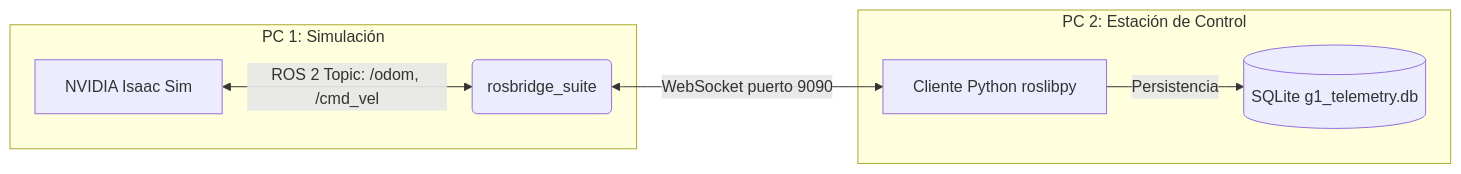
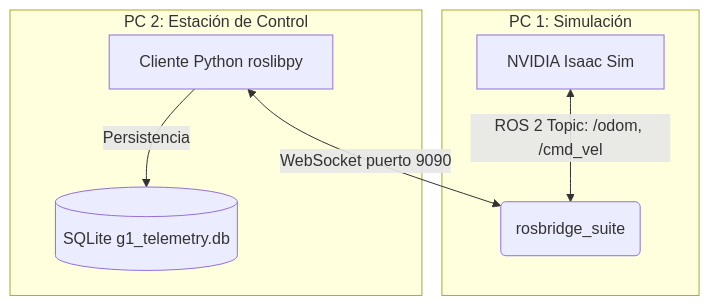
One commit to IFMLinares/g1-robotics-bridge changed the diagram in README.md. Above: the diagram before and after it, drawn with Mermaid.

Commit message:
docs: Update Mermaid diagram orientation and clarify WebSocket connection in README.

````diff
--- a/README.md
+++ b/README.md
@@ -13,12 +13,11 @@
 ```mermaid
-graph LR
+graph TD
     subgraph PC 1: Simulación
         A[NVIDIA Isaac Sim] <-->|ROS 2 Topic: /odom, /cmd_vel| B(rosbridge_suite)
     end
     
-    B <-->|WebSocket puerto 9090| C
-
     subgraph PC 2: Estación de Control
-        C[Cliente Python roslibpy] -->|Persistencia| D[(SQLite g1_telemetry.db)]
+        C[Cliente Python roslibpy] <-->|WebSocket puerto 9090| B
+        C -->|Persistencia| D[(SQLite g1_telemetry.db)]
     end
 ```
````
